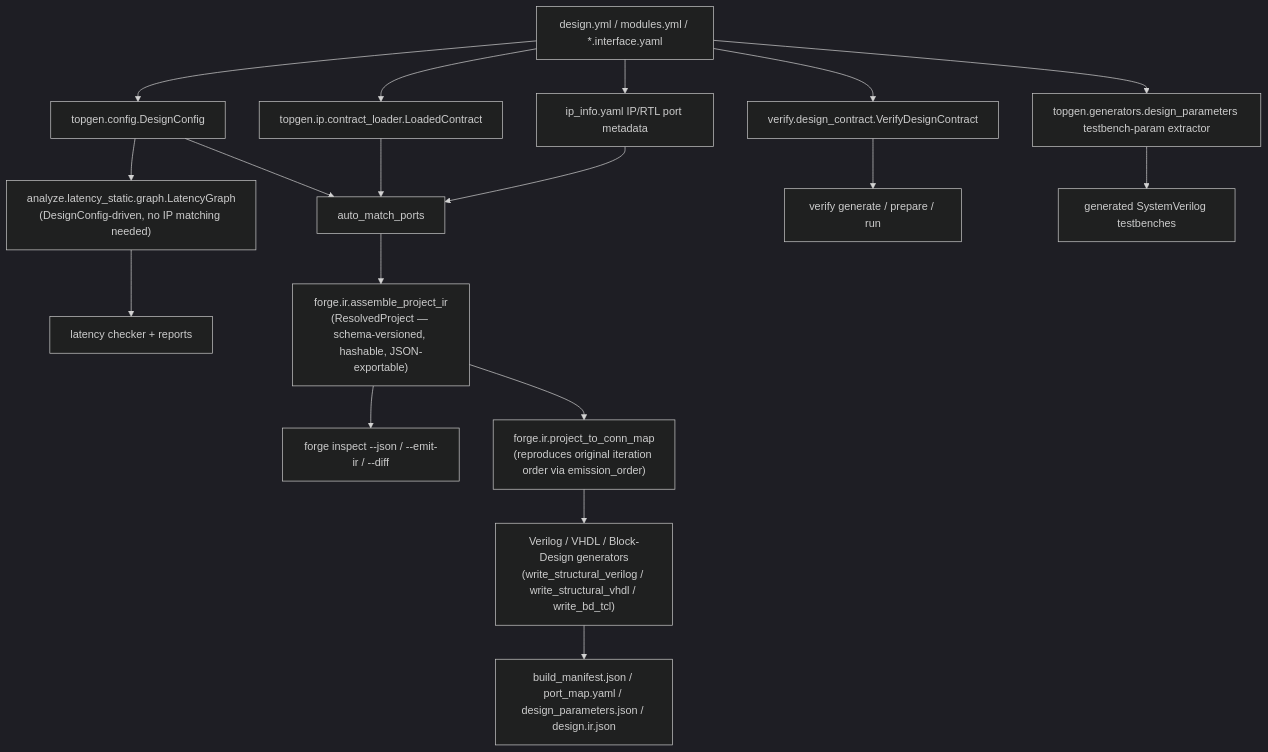
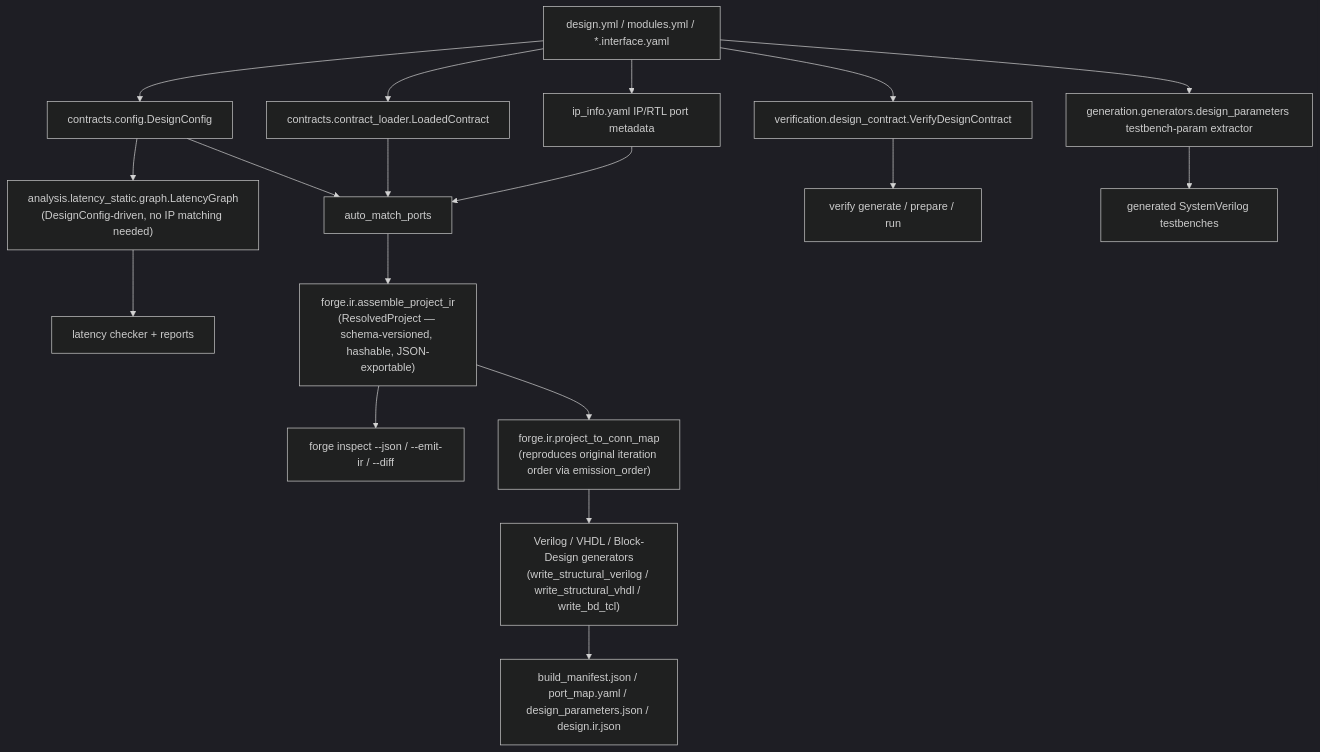
Before and after one commit to pleguina/forge: the diagram in README.md, drawn with Mermaid (dark theme). The commit also changed other lines of this file and 97 other files, not shown here.

First line of the commit message:
Delete forge.verify/forge.analyze/forge.topgen compat shims entirely

````diff
--- a/README.md
+++ b/README.md
@@ -68,25 +68,25 @@
 ```mermaid
 flowchart TD
     design[design.yml / modules.yml / *.interface.yaml]
 
-    design --> DesignConfig[topgen.config.DesignConfig]
-    design --> LoadedContract[topgen.ip.contract_loader.LoadedContract]
+    design --> DesignConfig[contracts.config.DesignConfig]
+    design --> LoadedContract[contracts.contract_loader.LoadedContract]
     design --> IpInfo[ip_info.yaml IP/RTL port metadata]
-    design --> VerifyContract[verify.design_contract.VerifyDesignContract]
-    design --> TBParams[topgen.generators.design_parameters testbench-param extractor]
+    design --> VerifyContract[verification.design_contract.VerifyDesignContract]
+    design --> TBParams[generation.generators.design_parameters testbench-param extractor]
 
-    DesignConfig --> LatencyGraph["analyze.latency_static.graph.LatencyGraph\n(DesignConfig-driven, no IP matching needed)"]
+    DesignConfig --> LatencyGraph["analysis.latency_static.graph.LatencyGraph\n(DesignConfig-driven, no IP matching needed)"]
     DesignConfig --> Matching[auto_match_ports]
     LoadedContract --> Matching
     IpInfo --> Matching
 
     Matching --> IR["forge.ir.assemble_project_ir\n(ResolvedProject — schema-versioned, hashable, JSON-exportable)"]
     IR --> Inspect["forge inspect --json / --emit-ir / --diff"]
     IR --> Project["forge.ir.project_to_conn_map\n(reproduces original iteration order via emission_order)"]
     Project --> Generators["Verilog / VHDL / Block-Design generators\n(write_structural_verilog / write_structural_vhdl / write_bd_tcl)"]
     Generators --> Manifests[build_manifest.json / port_map.yaml / design_parameters.json / design.ir.json]
 
     VerifyContract --> VerifyRun[verify generate / prepare / run]
     LatencyGraph --> LatencyReports[latency checker + reports]
     TBParams --> Testbenches[generated SystemVerilog testbenches]
 ```
````
